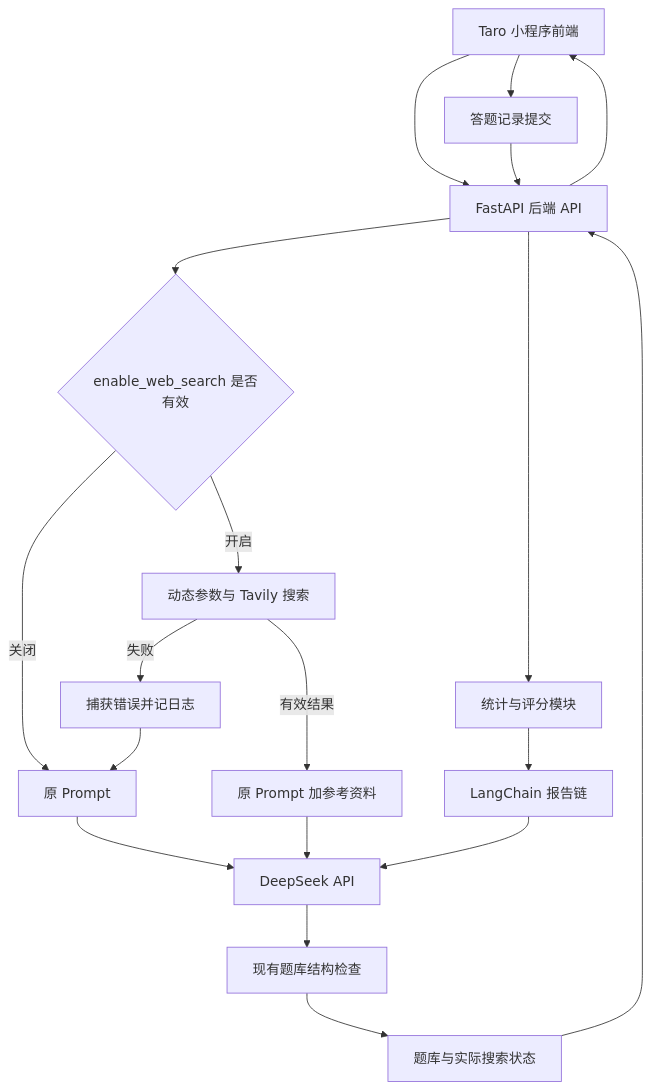
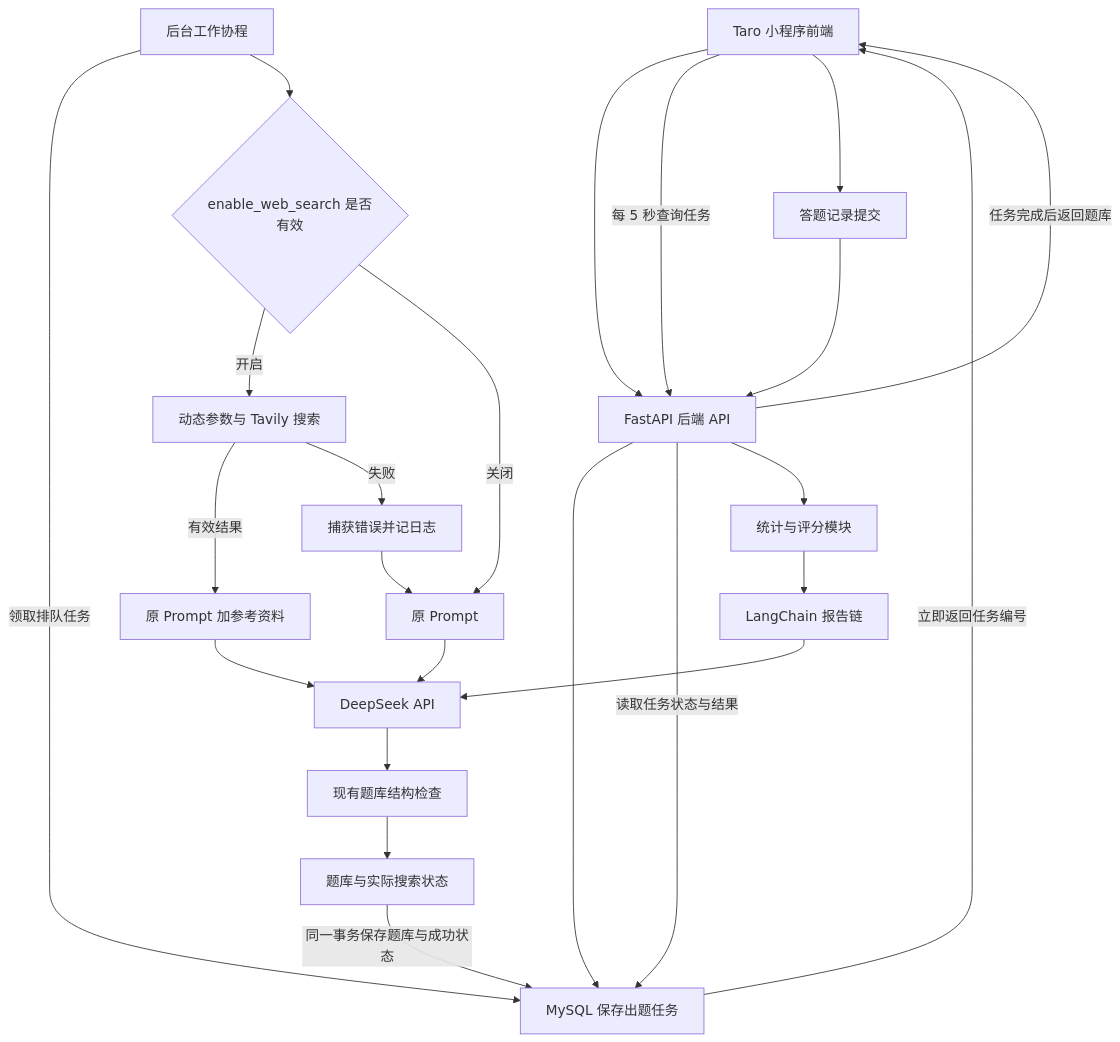
The diagram in docs/方案设计文档.md (Lancycool/ai_learning_miniprogram), drawn with Mermaid before and after one commit. The commit also changed other lines of this file and 23 other files, not shown here.

````diff
--- a/docs/方案设计文档.md
+++ b/docs/方案设计文档.md
@@ -151,21 +151,26 @@
 ```mermaid
 graph TD
     A[Taro 小程序前端] --> B[FastAPI 后端 API]
-    B --> K{enable_web_search 是否有效}
+    B --> J[MySQL 保存出题任务]
+    J -->|立即返回任务编号| A
+    W[后台工作协程] -->|领取排队任务| J
+    W --> K{enable_web_search 是否有效}
     K -->|开启| L[动态参数与 Tavily 搜索]
     K -->|关闭| C[原 Prompt]
     L -->|有效结果| M[原 Prompt 加参考资料]
     L -->|失败| N[捕获错误并记日志]
     N --> C
     C --> E[DeepSeek API]
     M --> E
     E --> F[现有题库结构检查]
     F --> O[题库与实际搜索状态]
-    O --> B
-    B --> A
+    O -->|同一事务保存题库与成功状态| J
+    A -->|每 5 秒查询任务| B
+    B -->|读取任务状态与结果| J
+    B -->|任务完成后返回题库| A
     A --> G[答题记录提交]
     G --> B
     B --> H[统计与评分模块]
     H --> I[LangChain 报告链]
     I --> E
 ```
````
